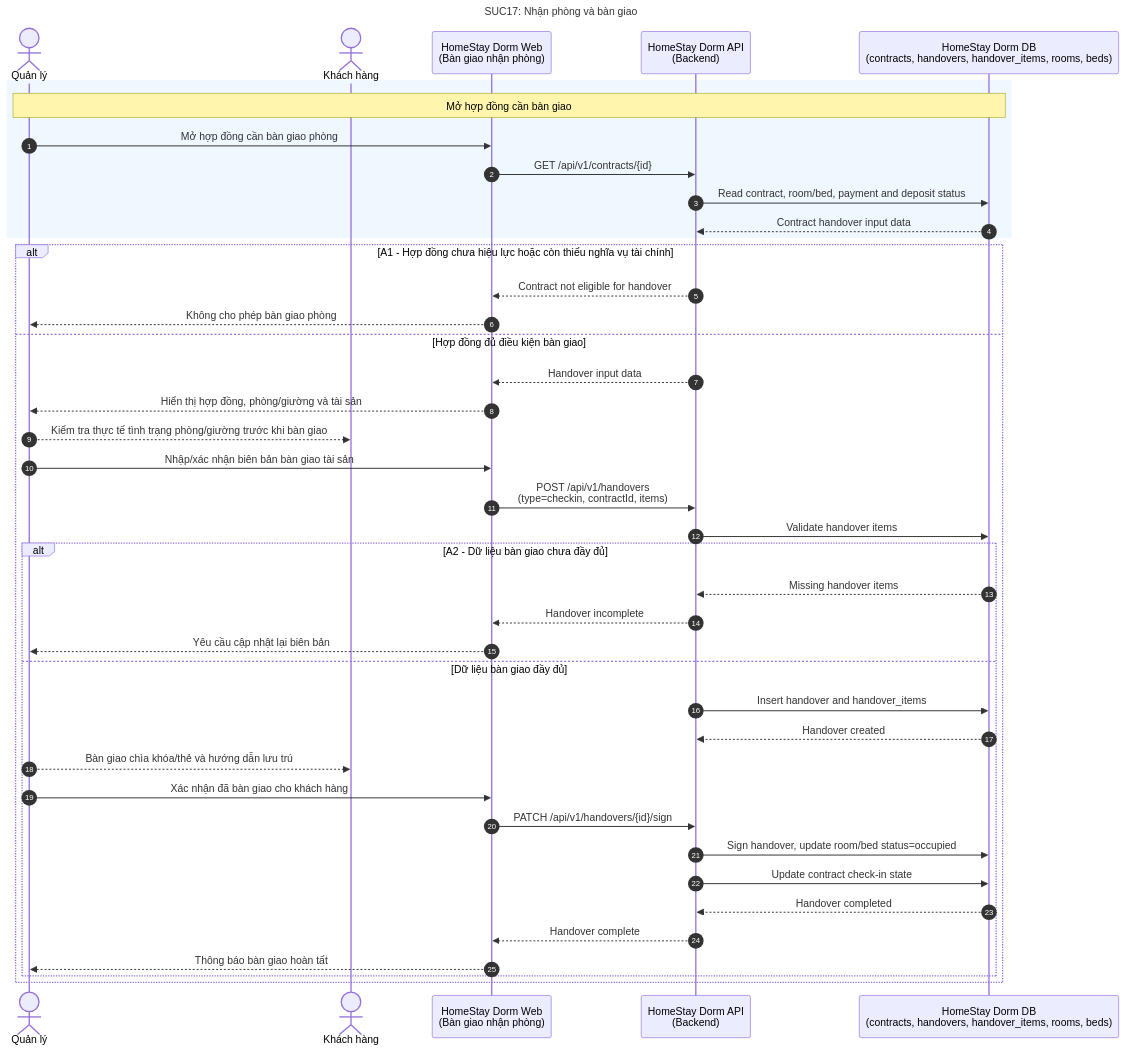
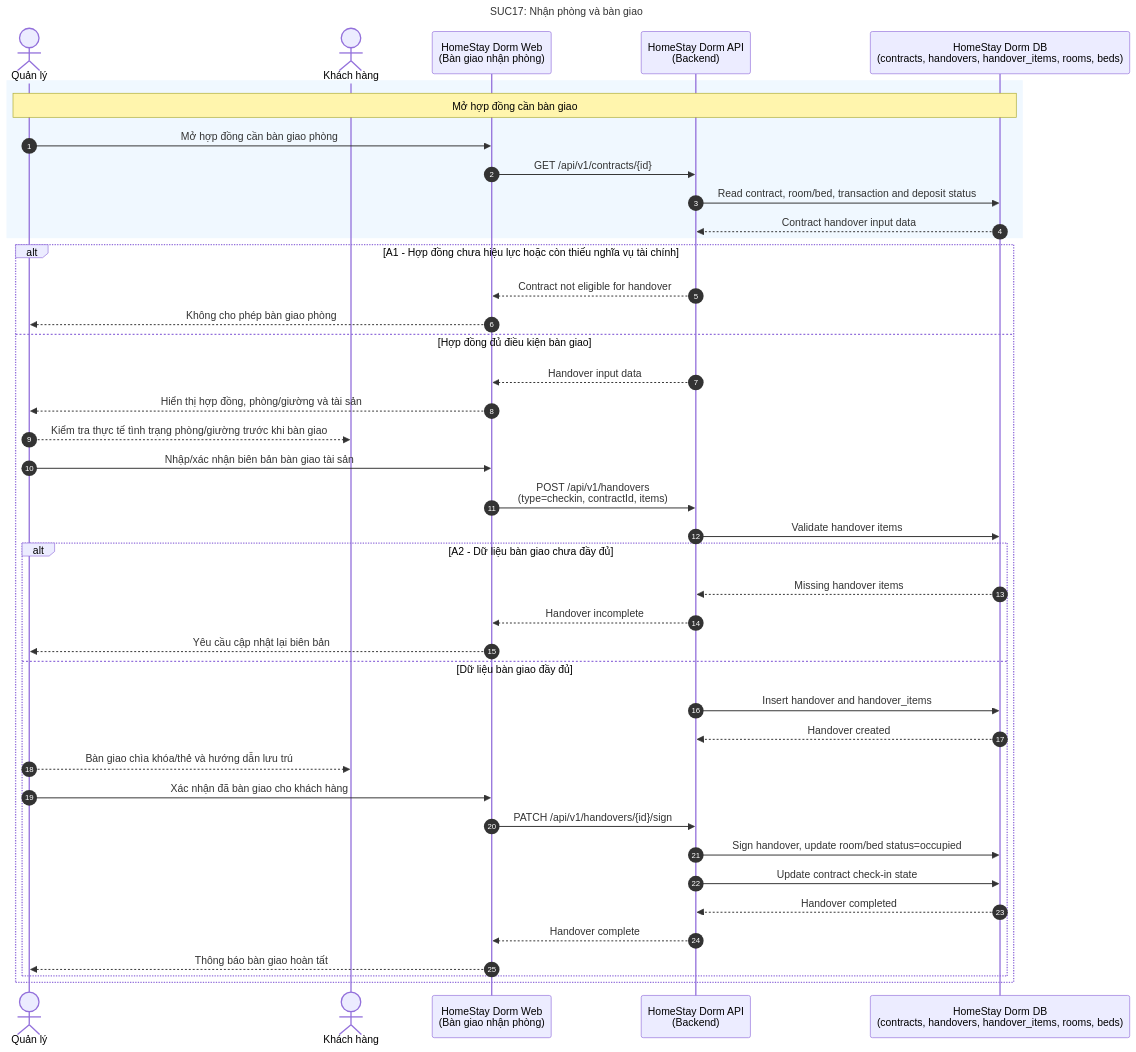
One commit to dinhdaivu/CSC12004_Information-Systems-Analysis-and-Design changed the diagram in docs/SUC/SUC17-nhan-phong-va-ban-giao.mmd. Above: the diagram before and after it, drawn with Mermaid. The commit also changed 11 other files, not shown here.

```diff
--- a/docs/SUC/SUC17-nhan-phong-va-ban-giao.mmd
+++ b/docs/SUC/SUC17-nhan-phong-va-ban-giao.mmd
@@ -1,45 +1,45 @@
 sequenceDiagram
     title SUC17: Nhận phòng và bàn giao
     autonumber
     actor M as Quản lý
     actor C as Khách hàng
     participant Web as HomeStay Dorm Web<br/>(Bàn giao nhận phòng)
     participant API as HomeStay Dorm API<br/>(Backend)
     participant DB as HomeStay Dorm DB<br/>(contracts, handovers, handover_items, rooms, beds)
 
     rect rgb(240, 248, 255)
         Note over M, DB: Mở hợp đồng cần bàn giao
         M->>Web: Mở hợp đồng cần bàn giao phòng
         Web->>API: GET /api/v1/contracts/{id}
-        API->>DB: Read contract, room/bed, payment and deposit status
+        API->>DB: Read contract, room/bed, transaction and deposit status
         DB-->>API: Contract handover input data
     end
 
     alt A1 - Hợp đồng chưa hiệu lực hoặc còn thiếu nghĩa vụ tài chính
         API-->>Web: Contract not eligible for handover
         Web-->>M: Không cho phép bàn giao phòng
     else Hợp đồng đủ điều kiện bàn giao
         API-->>Web: Handover input data
         Web-->>M: Hiển thị hợp đồng, phòng/giường và tài sản
         M-->>C: Kiểm tra thực tế tình trạng phòng/giường trước khi bàn giao
         M->>Web: Nhập/xác nhận biên bản bàn giao tài sản
         Web->>API: POST /api/v1/handovers<br/>(type=checkin, contractId, items)
         API->>DB: Validate handover items
 
         alt A2 - Dữ liệu bàn giao chưa đầy đủ
             DB-->>API: Missing handover items
             API-->>Web: Handover incomplete
             Web-->>M: Yêu cầu cập nhật lại biên bản
         else Dữ liệu bàn giao đầy đủ
             API->>DB: Insert handover and handover_items
             DB-->>API: Handover created
             M-->>C: Bàn giao chìa khóa/thẻ và hướng dẫn lưu trú
             M->>Web: Xác nhận đã bàn giao cho khách hàng
             Web->>API: PATCH /api/v1/handovers/{id}/sign
             API->>DB: Sign handover, update room/bed status=occupied
             API->>DB: Update contract check-in state
             DB-->>API: Handover completed
             API-->>Web: Handover complete
             Web-->>M: Thông báo bàn giao hoàn tất
         end
     end
```
